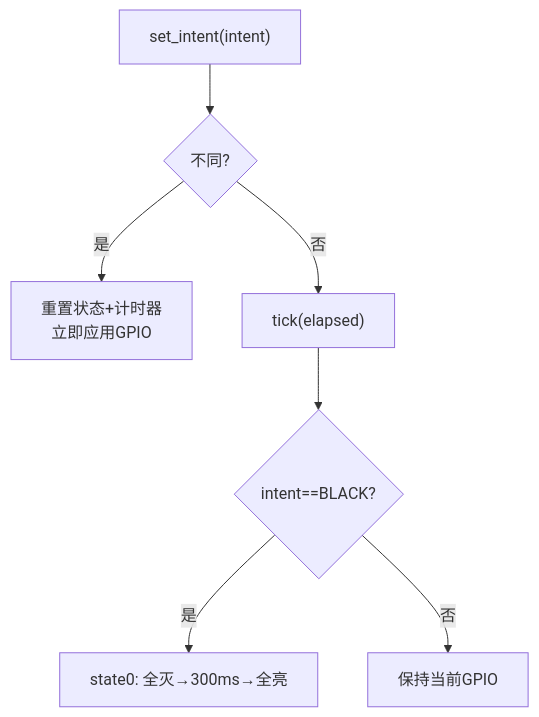
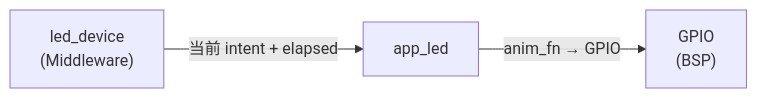
One commit to Siaiai/ObsidianNote changed the fourth of 10 diagrams in 工作/SR3读卡器/260802SR3读卡器架构.md. Above: the diagram before and after it, drawn with Mermaid. The commit also changed other lines of this file, not shown here.

````diff
--- a/工作/SR3读卡器/260802SR3读卡器架构.md
+++ b/工作/SR3读卡器/260802SR3读卡器架构.md
@@ -288,10 +161,8 @@
 ```mermaid
-flowchart TD
-    INTENT["set_intent(intent)"] --> CMP{"不同?"}
-    CMP -->|"是"| RESET["重置状态+计时器<br/>立即应用GPIO"]
-    CMP -->|"否"| TICK["tick(elapsed)"]
+flowchart LR
+    DEV["led_device<br/>(Middleware)"]
+    GPIO["GPIO<br/>(BSP)"]
 
-    TICK --> BLACK{"intent==BLACK?"}
-    BLACK -->|"是"| BC["state0: 全灭→300ms→全亮"]
-    BLACK -->|"否"| DONE["保持当前GPIO"]
+    DEV -->|"当前 intent + elapsed"| GLUE["app_led"]
+    GLUE -->|"anim_fn → GPIO"| GPIO
 ```
````
